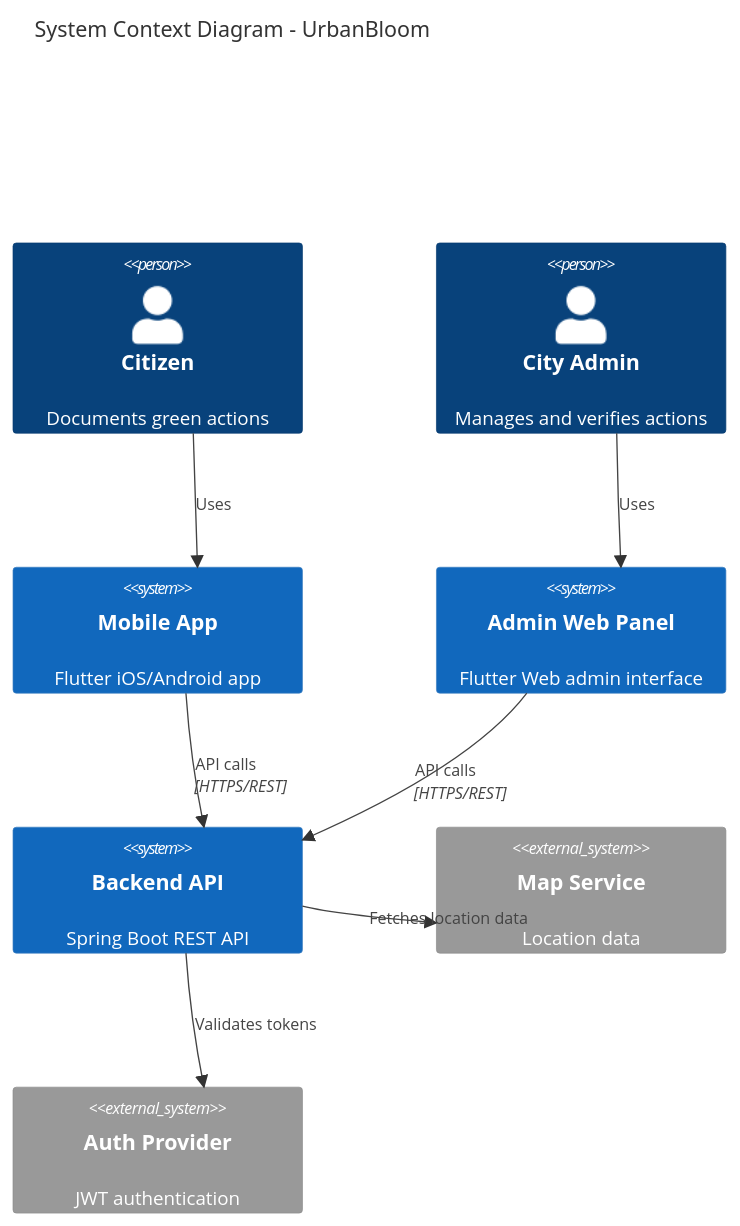
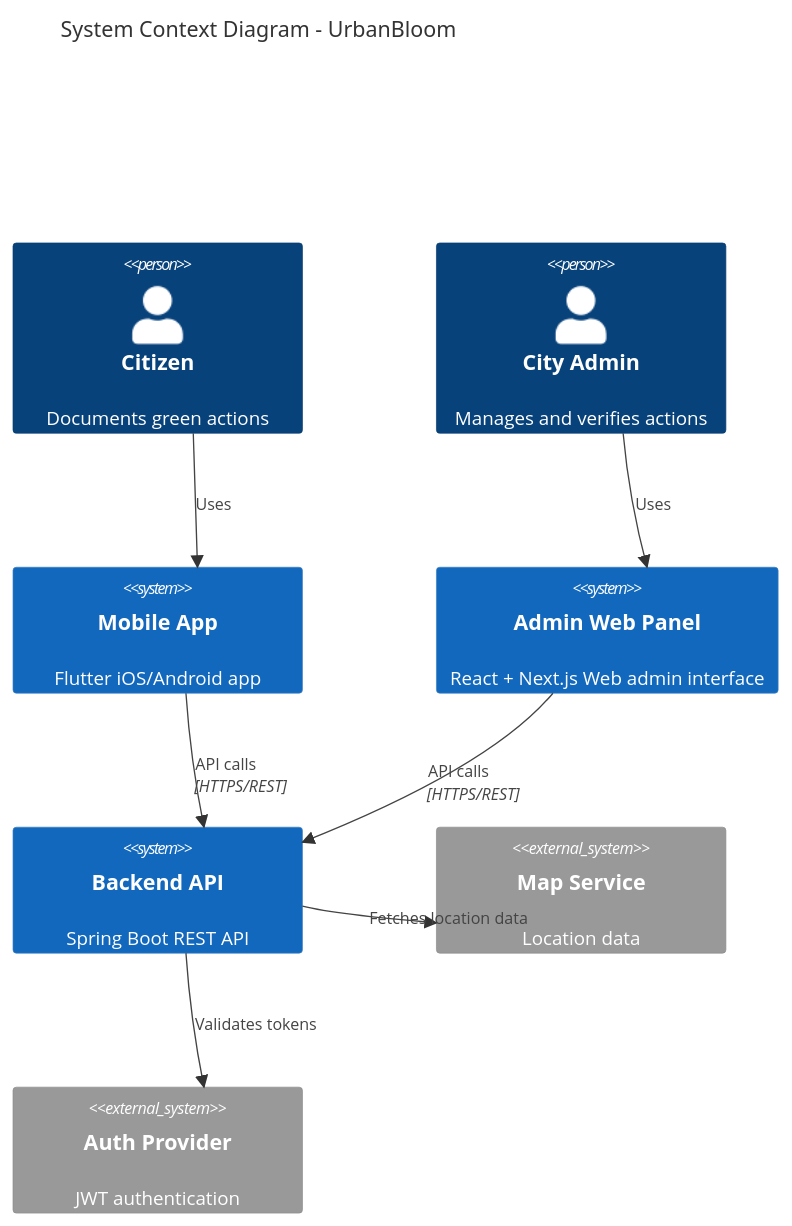
Before and after one commit to kiesewitz/UrbanBloom: the first of 7 diagrams in docs/architecture.md, drawn with Mermaid. The commit also changed other lines of this file and 7 other files, not shown here.

Commit message:
Refactored Admin-web files

````diff
--- a/docs/architecture.md
+++ b/docs/architecture.md
@@ -26,20 +26,20 @@
 ```mermaid
 C4Context
     title System Context Diagram - UrbanBloom
 
     Person(citizen, "Citizen", "Documents green actions")
     Person(admin, "City Admin", "Manages and verifies actions")
     
     System(mobile, "Mobile App", "Flutter iOS/Android app")
-    System(web, "Admin Web Panel", "Flutter Web admin interface")
+    System(web, "Admin Web Panel", "React + Next.js Web admin interface")
     System(backend, "Backend API", "Spring Boot REST API")
     System_Ext(maps, "Map Service", "Location data")
     System_Ext(auth, "Auth Provider", "JWT authentication")
     
     Rel(citizen, mobile, "Uses")
     Rel(admin, web, "Uses")
     Rel(mobile, backend, "API calls", "HTTPS/REST")
     Rel(web, backend, "API calls", "HTTPS/REST")
     Rel(backend, maps, "Fetches location data")
     Rel(backend, auth, "Validates tokens")
 ```
````
